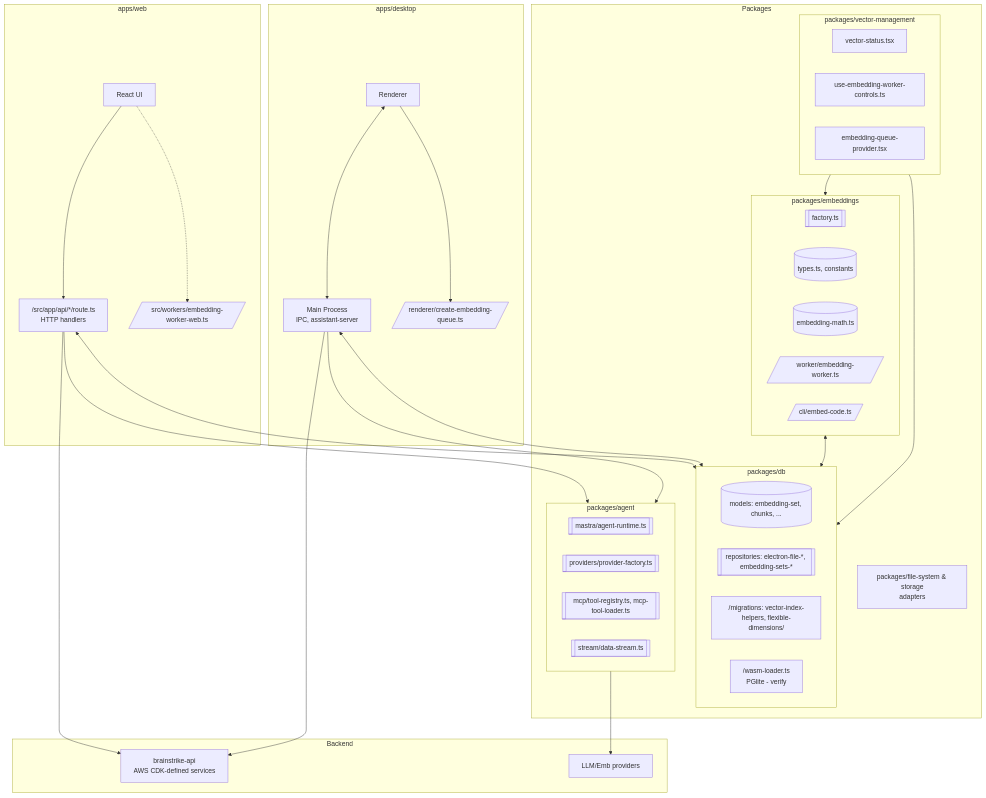
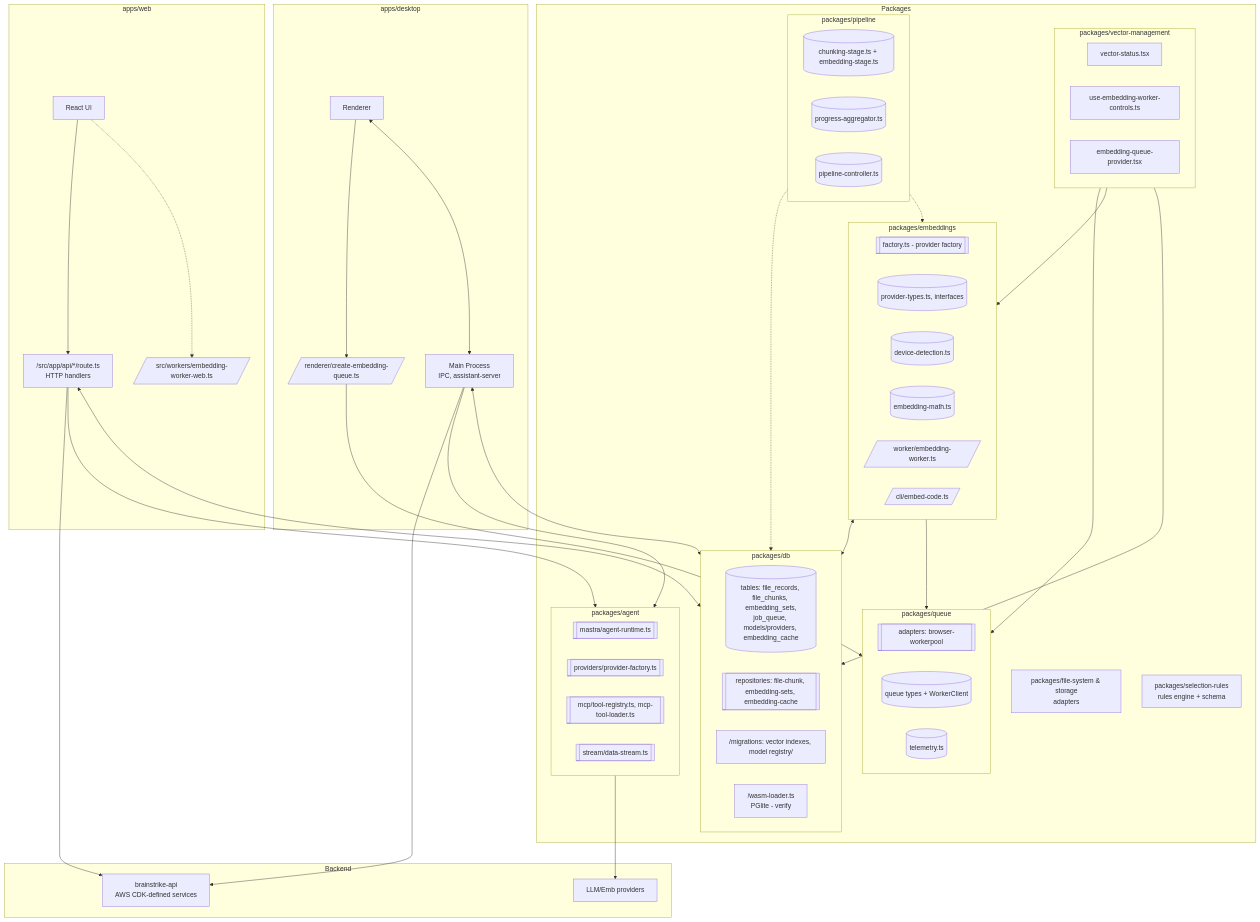
One commit to seandearnaley/brainstrike changed the diagram in docs/architecture/02-container-view.md. Above: the diagram before and after it, drawn with Mermaid. The commit also changed 18 other files, not shown here.

First line of the commit message:
test(embeddings): add cache and concurrent integration tests (BST-136)

```diff
--- a/docs/architecture/02-container-view.md
+++ b/docs/architecture/02-container-view.md
@@ -16,18 +16,25 @@
 
   subgraph Packages
     subgraph DB[packages/db]
-      DBModels[("models: embedding-set, chunks, ...")]
-      DBRepos[["repositories: electron-file-*, embedding-sets-*"]]
-      DBMigs["/migrations: vector-index-helpers, flexible-dimensions/"]
+      DBModels[("tables: file_records, file_chunks, embedding_sets,<br/>job_queue, models/providers, embedding_cache")]
+      DBRepos[["repositories: file-chunk, embedding-sets, embedding-cache"]]
+      DBMigs["/migrations: vector indexes, model registry/"]
       DBWasm["/wasm-loader.ts<br/>PGlite - verify"]
     end
 
     subgraph Embeddings[packages/embeddings]
-      EMBFactory[[factory.ts]]
-      EMBTypes[("types.ts, constants")]
+      EMBFactory[["factory.ts - provider factory"]]
+      EMBTypes[("provider-types.ts, interfaces")]
+      EMBDevice[("device-detection.ts")]
       EMBMath[("embedding-math.ts")]
       EMBWorker[/worker/embedding-worker.ts/]
       EMBCLI[/cli/embed-code.ts/]
+    end
+
+    subgraph QueuePkg[packages/queue]
+      QAdapters[["adapters: browser-workerpool"]]
+      QTypes[("queue types + WorkerClient")]
+      QTelemetry[("telemetry.ts")]
     end
 
     subgraph VectorMgmt[packages/vector-management]
@@ -37,6 +44,14 @@
     end
 
     FS["packages/file-system & storage<br/>adapters"]
+
+    subgraph Pipeline[packages/pipeline]
+      PStages[("chunking-stage.ts + embedding-stage.ts")]
+      PProgress[("progress-aggregator.ts")]
+      PController[("pipeline-controller.ts")]
+    end
+
+    SR["packages/selection-rules<br/>rules engine + schema"]
 
     subgraph Agent[packages/agent]
       ARuntime[[mastra/agent-runtime.ts]]
@@ -63,8 +78,13 @@
   DMain <--> DB
 
   Embeddings <--> DB
+  Embeddings --> QueuePkg
+  VectorMgmt --> QueuePkg
+  DQueue --> QueuePkg
   VectorMgmt --> Embeddings
   VectorMgmt --> DB
+  Pipeline -.-> DB
+  Pipeline -.-> Embeddings
 
   Agent --> Providers
   WAPI --> API
```
